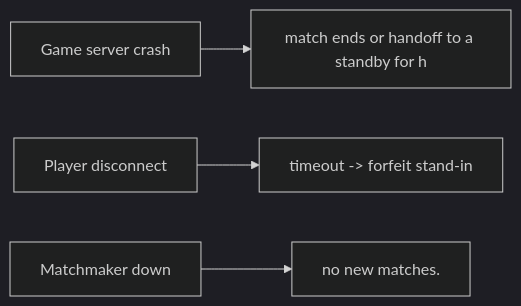
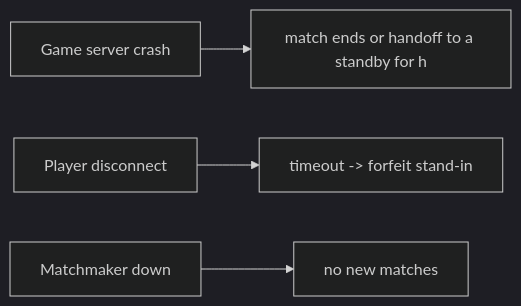
Before and after one commit to RIT-MESH/system-design-mastery: the third of 3 diagrams in case-studies/advanced/multiplayer-game.md, drawn with Mermaid (dark theme). The commit also changed other lines of this file and 215 other files, not shown here.

First line of the commit message:
Complete all remaining work: expand case studies, add 13 AI case studies, fix diagrams, status to Complete

````diff
--- a/case-studies/advanced/multiplayer-game.md
+++ b/case-studies/advanced/multiplayer-game.md
@@ -137,13 +170,13 @@
 ```mermaid
 %% created-for: system-design-mastery
 flowchart LR
   C1["Game server crash"]
   R2["match ends or handoff to a standby for h"]
   C1 --> R2
   C3["Player disconnect"]
   R4["timeout -> forfeit stand-in"]
   C3 --> R4
   C5["Matchmaker down"]
-  R6["no new matches."]
+  R6["no new matches"]
   C5 --> R6
 ```
````
